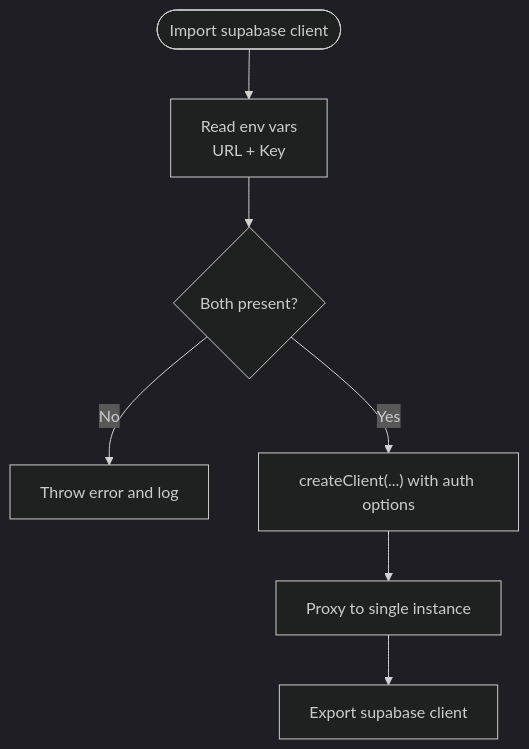
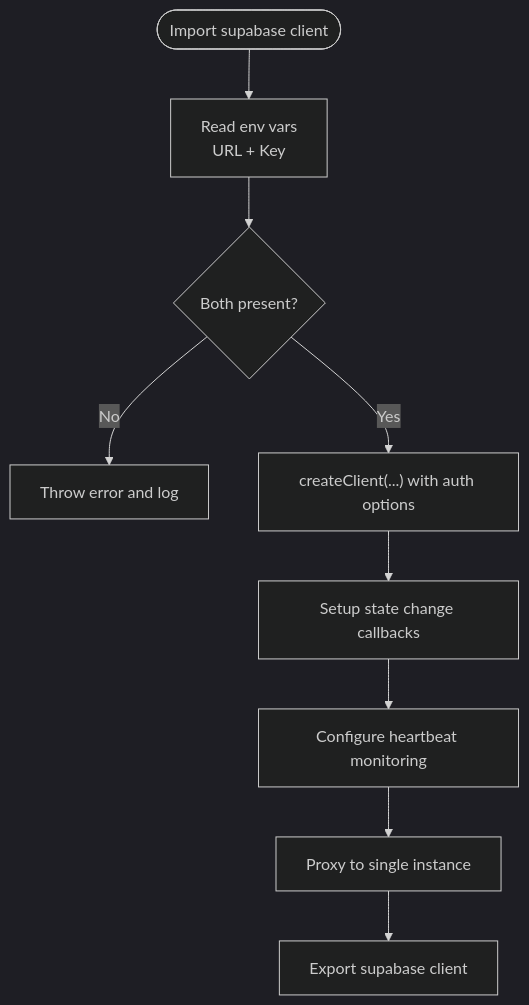
Before and after one commit to gastaldellomarco/pcReady: the third of 11 diagrams in .qoder/repowiki/en/content/Real-time Features/Real-time Features.md, drawn with Mermaid (dark theme). The commit also changed other lines of this file and 15 other files, not shown here.

````diff
--- a/.qoder/repowiki/en/content/Real-time Features/Real-time Features.md
+++ b/.qoder/repowiki/en/content/Real-time Features/Real-time Features.md
@@ -139,9 +171,11 @@
 ```mermaid
 flowchart TD
 Start(["Import supabase client"]) --> CheckEnv["Read env vars<br/>URL + Key"]
 CheckEnv --> EnvOK{"Both present?"}
 EnvOK --> |No| Error["Throw error and log"]
 EnvOK --> |Yes| Create["createClient(...) with auth options"]
-Create --> Proxy["Proxy to single instance"]
+Create --> SetupCallbacks["Setup state change callbacks"]
+SetupCallbacks --> Heartbeat["Configure heartbeat monitoring"]
+Heartbeat --> Proxy["Proxy to single instance"]
 Proxy --> Export["Export supabase client"]
 ```
````
